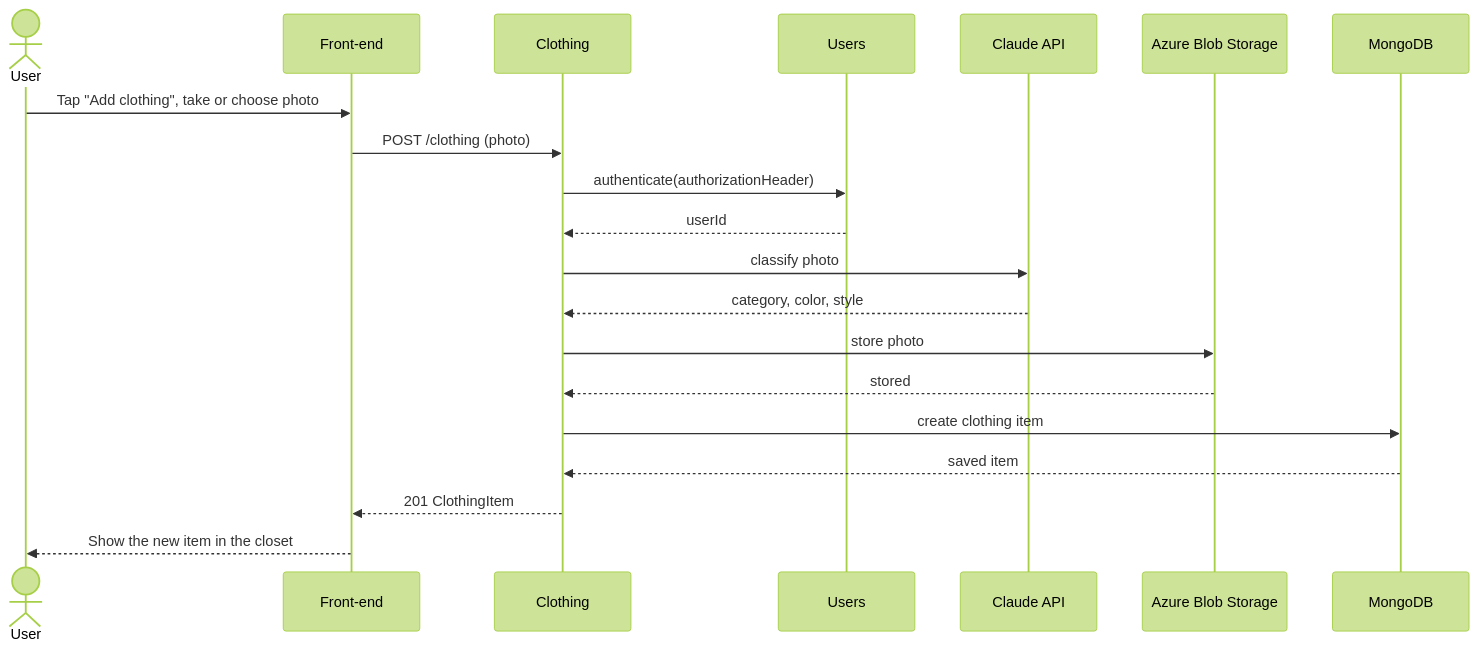
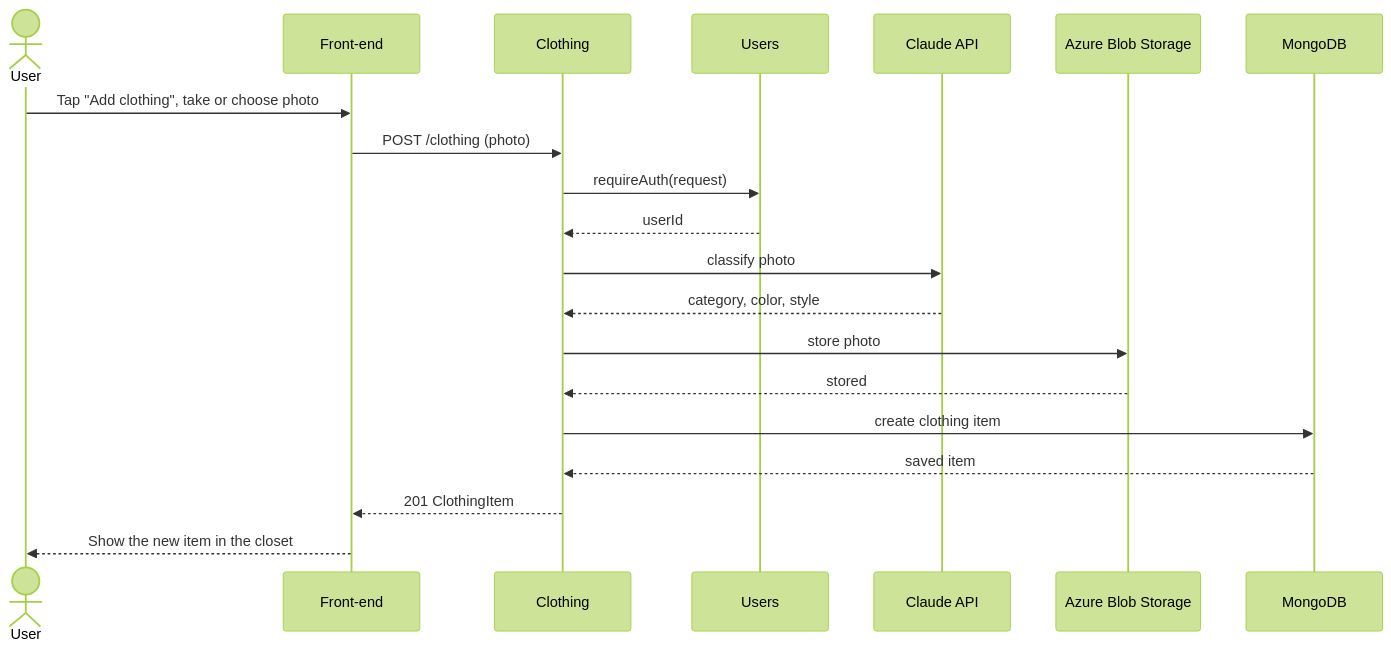
The second of 6 diagrams in documentation/Requirements_and_Design.md (evannawfal/fabricate), drawn with Mermaid (forest theme) before and after one commit. The commit also changed other lines of this file, not shown here.

````diff
--- a/documentation/Requirements_and_Design.md
+++ b/documentation/Requirements_and_Design.md
@@ -371,23 +391,23 @@
 ```mermaid
 sequenceDiagram
     actor U as User
     participant FE as Front-end
     participant CL as Clothing
     participant US as Users
     participant CA as Claude API
     participant AZ as Azure Blob Storage
     participant DB as MongoDB
 
     U->>FE: Tap "Add clothing", take or choose photo
     FE->>CL: POST /clothing (photo)
-    CL->>US: authenticate(authorizationHeader)
+    CL->>US: requireAuth(request)
     US-->>CL: userId
     CL->>CA: classify photo
     CA-->>CL: category, color, style
     CL->>AZ: store photo
     AZ-->>CL: stored
     CL->>DB: create clothing item
     DB-->>CL: saved item
     CL-->>FE: 201 ClothingItem
     FE-->>U: Show the new item in the closet
 ```
````
